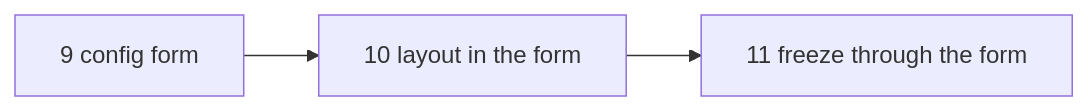
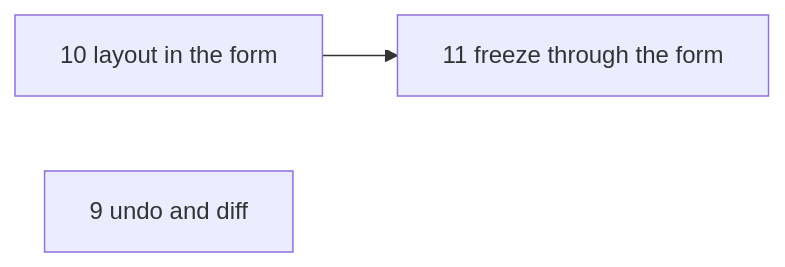
Before and after one commit to medilies/weaver: the diagram in docs/backlog.md, drawn with Mermaid. The commit also changed other lines of this file and 23 other files, not shown here.

Commit message:
feat(edit): change a project in the config form

````diff
--- a/docs/backlog.md
+++ b/docs/backlog.md
@@ -40,4 +40,5 @@
 ```mermaid
 flowchart LR
-    T9[9 config form] --> T10[10 layout in the form] --> T11[11 freeze through the form]
+    T10[10 layout in the form] --> T11[11 freeze through the form]
+    T9[9 undo and diff]
 ```
````
